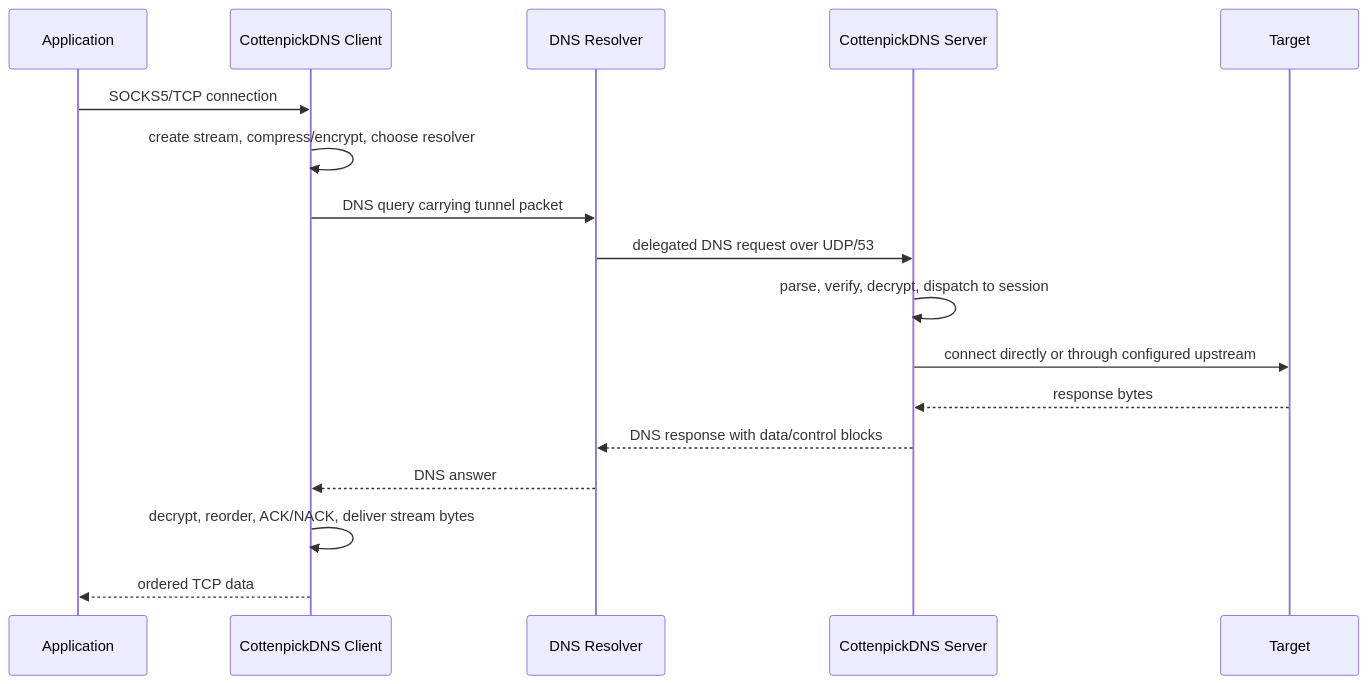
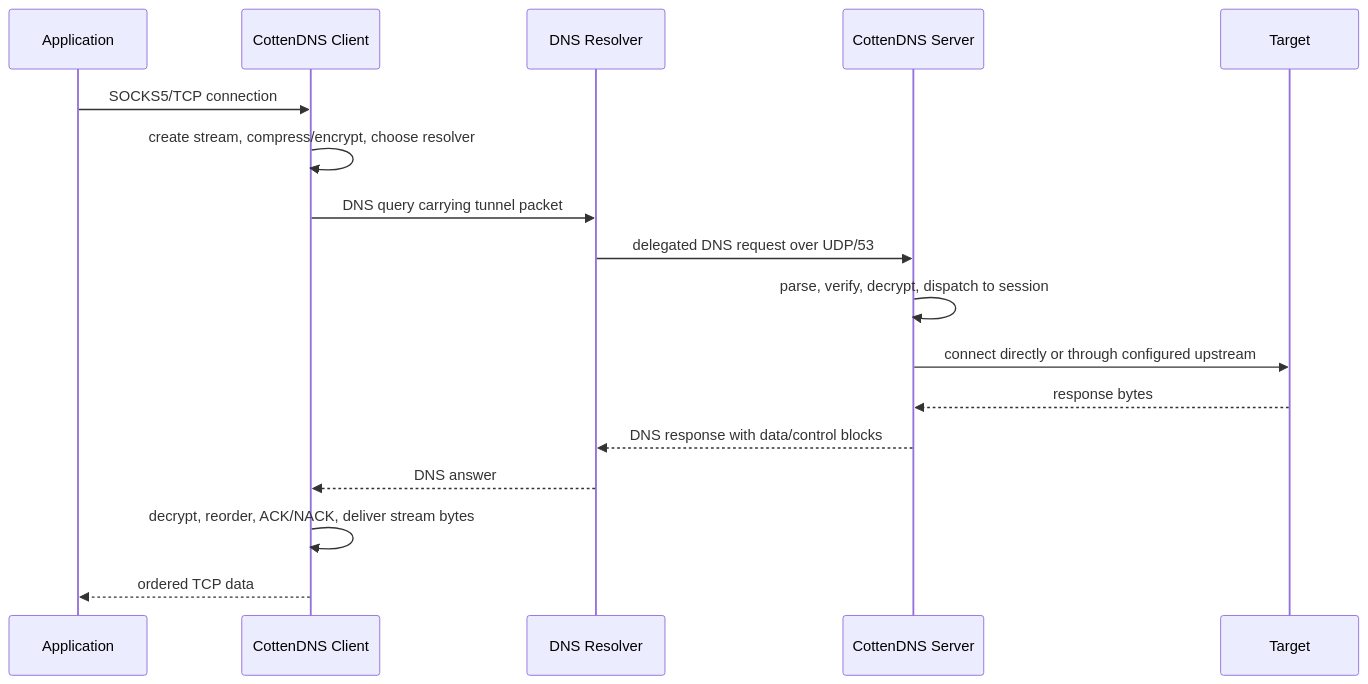
The second of 2 diagrams in README.MD (TaJirax/cottenDNS), drawn with Mermaid before and after one commit. The commit also changed other lines of this file and 174 other files, not shown here.

First line of the commit message:
rebrand: CottenpickDNS → CottenDNS (project-wide rename)

````diff
--- a/README.MD
+++ b/README.MD
@@ -571,20 +571,20 @@
 ```mermaid
 sequenceDiagram
     participant App as Application
-    participant Client as CottenpickDNS Client
+    participant Client as CottenDNS Client
     participant Resolver as DNS Resolver
-    participant Server as CottenpickDNS Server
+    participant Server as CottenDNS Server
     participant Target as Target
 
     App->>Client: SOCKS5/TCP connection
     Client->>Client: create stream, compress/encrypt, choose resolver
     Client->>Resolver: DNS query carrying tunnel packet
     Resolver->>Server: delegated DNS request over UDP/53
     Server->>Server: parse, verify, decrypt, dispatch to session
     Server->>Target: connect directly or through configured upstream
     Target-->>Server: response bytes
     Server-->>Resolver: DNS response with data/control blocks
     Resolver-->>Client: DNS answer
     Client->>Client: decrypt, reorder, ACK/NACK, deliver stream bytes
     Client-->>App: ordered TCP data
 ```
````
